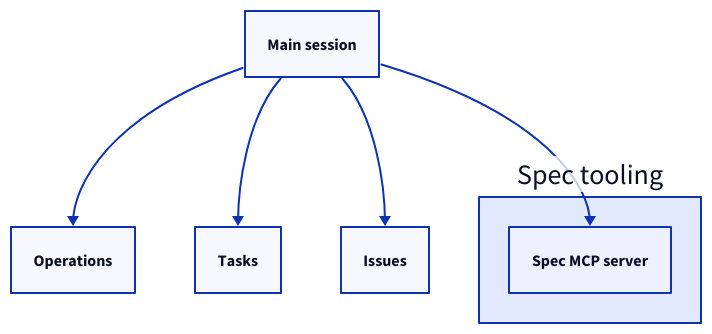
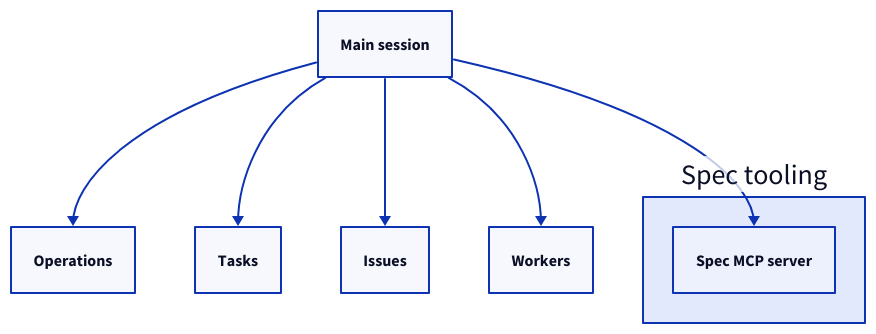
One commit to FTOD/concorde changed the third of 3 diagrams in specs/concorde/main-session/module.md. Above: the diagram before and after it, drawn with D2. The commit also changed other lines of this file and 27 other files, not shown here.

````diff
--- a/specs/concorde/main-session/module.md
+++ b/specs/concorde/main-session/module.md
@@ -134,13 +163,15 @@
 ```d2
 mainsession: Main session
 operations: Operations
 tasks: Tasks
 issues: Issues
+workers: Workers
+mainsession -> workers
 tooling: Spec tooling {
   mcp: Spec MCP server
 }
 mainsession -> operations
 mainsession -> tasks
 mainsession -> issues
 mainsession -> tooling.mcp
 ```
````
